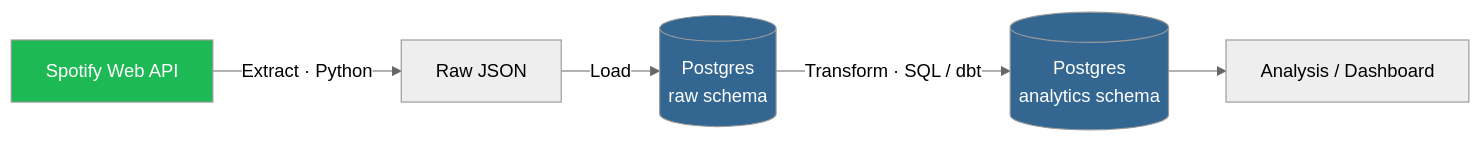
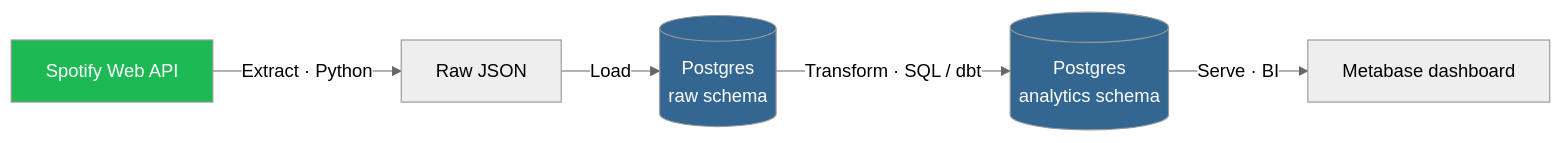
The diagram in README.md (AlexBritoOfficial/spotify-elt-pipeline), drawn with Mermaid (neutral theme) before and after one commit. The commit also changed other lines of this file and 16 other files, not shown here.

````diff
--- a/README.md
+++ b/README.md
@@ -25,11 +25,11 @@
 ```mermaid
 flowchart LR
     A[Spotify Web API] -->|Extract · Python| B[Raw JSON]
     B -->|Load| C[("Postgres<br/>raw schema")]
     C -->|Transform · SQL / dbt| D[("Postgres<br/>analytics schema")]
-    D --> E[Analysis / Dashboard]
+    D -->|Serve · BI| E[Metabase dashboard]
 
     style A fill:#1DB954,color:#fff
     style C fill:#336791,color:#fff
     style D fill:#336791,color:#fff
 ```
````
